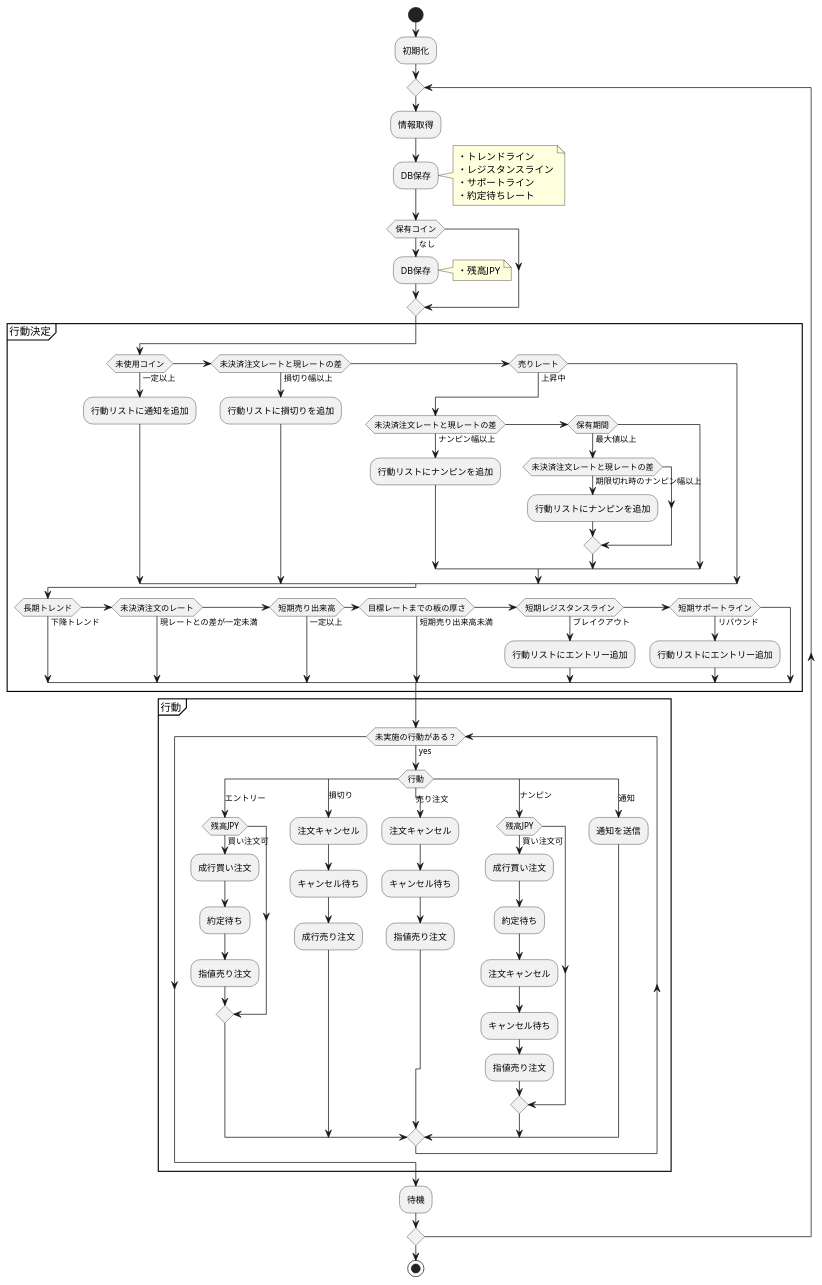
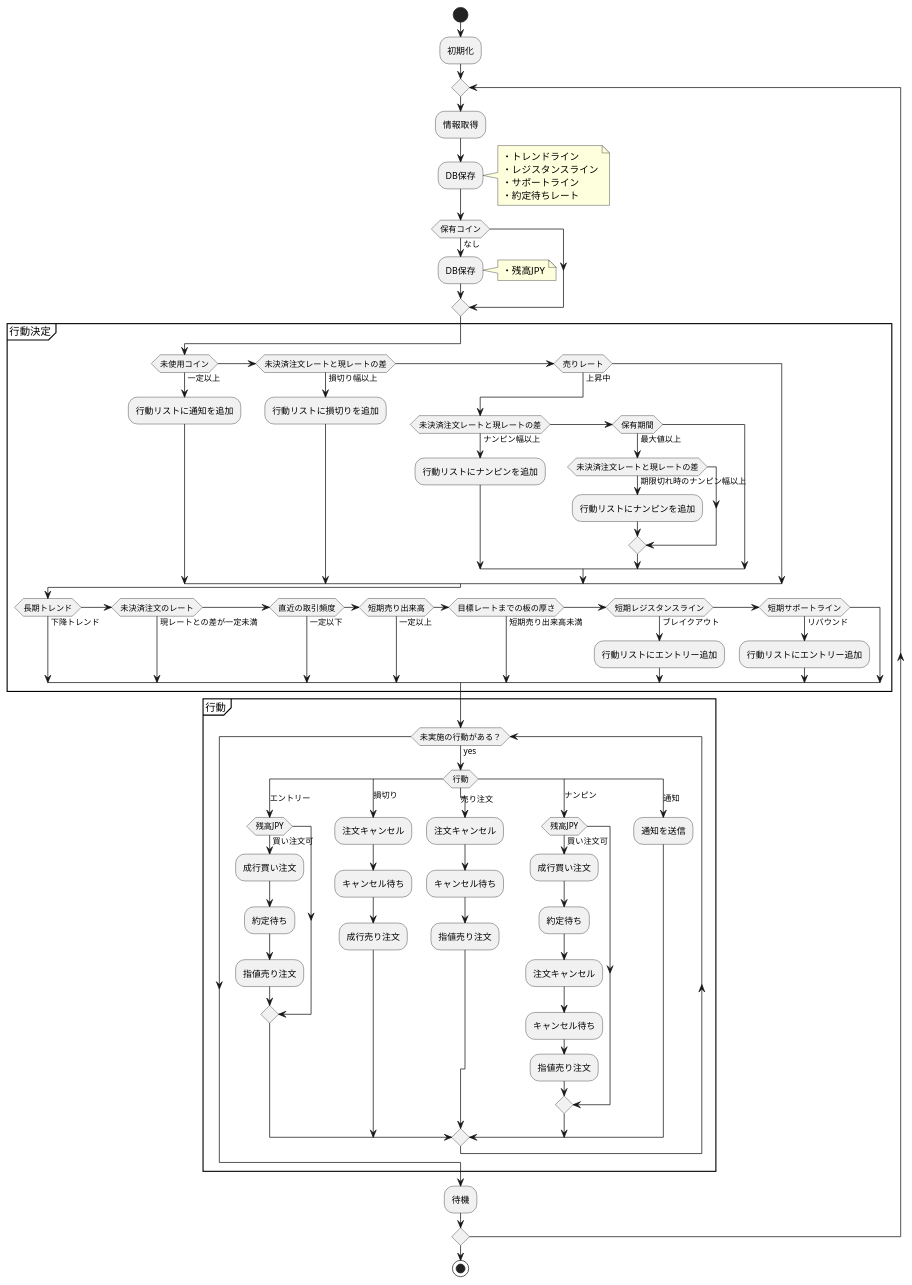
The diagram in docs/bot.plantuml (canpok1/trading-bot-rust), drawn with PlantUML before and after one commit. The commit also changed 5 other files, not shown here.

```diff
--- a/docs/bot.plantuml
+++ b/docs/bot.plantuml
@@ -1,85 +1,86 @@
 @startuml trading-bot-rust
 start
 
 :初期化;
 
 repeat
     :情報取得;
 
     :DB保存;
     note right
         ・トレンドライン
         ・レジスタンスライン
         ・サポートライン
         ・約定待ちレート
     end note
 
     if (保有コイン) then (なし)
         :DB保存;
         note right
             ・残高JPY
         end note
     endif
 
     partition 行動決定 {
         if (未使用コイン) then (一定以上)
             :行動リストに通知を追加;
         elseif (未決済注文レートと現レートの差) then (損切り幅以上)
             :行動リストに損切りを追加;
         elseif (売りレート) then (上昇中)
             if (未決済注文レートと現レートの差) then (ナンピン幅以上)
                 :行動リストにナンピンを追加;
             elseif (保有期間) then (最大値以上)
                 if (未決済注文レートと現レートの差) then (期限切れ時のナンピン幅以上)
                     :行動リストにナンピンを追加;
                 endif
             endif
         endif
 
         if (長期トレンド) then (下降トレンド)
         elseif (未決済注文のレート) then (現レートとの差が一定未満)
+        elseif (直近の取引頻度) then (一定以下)
         elseif (短期売り出来高) then (一定以上)
         elseif (目標レートまでの板の厚さ) then (短期売り出来高未満)
         elseif (短期レジスタンスライン) then (ブレイクアウト)
             :行動リストにエントリー追加;
         elseif (短期サポートライン) then (リバウンド)
             :行動リストにエントリー追加;
         endif
     }
 
     partition 行動 {
         while (未実施の行動がある？) is (yes)
             switch (行動)
             case (エントリー)
                 if (残高JPY) then (買い注文可)
                     :成行買い注文;
                     :約定待ち;
                     :指値売り注文;
                 endif
             case (損切り)
                 :注文キャンセル;
                 :キャンセル待ち;
                 :成行売り注文;
             case (売り注文)
                 :注文キャンセル;
                 :キャンセル待ち;
                 :指値売り注文;
             case (ナンピン)
                 if (残高JPY) then (買い注文可)
                     :成行買い注文;
                     :約定待ち;
                     :注文キャンセル;
                     :キャンセル待ち;
                     :指値売り注文;
                 endif
             case (通知)
                 :通知を送信;
             endswitch
         endwhile
     }
 
     :待機;
 repeat while
 
 stop
 @enduml
```
